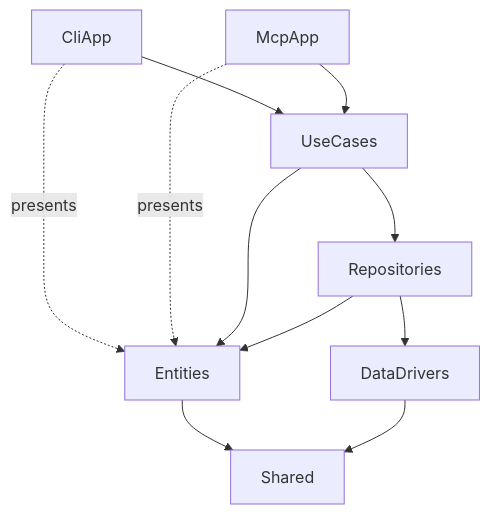
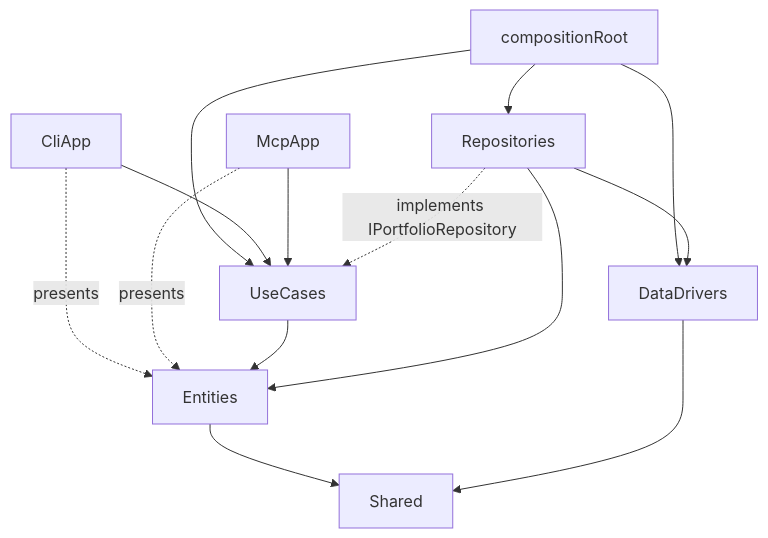
One commit to armaaar/stock-calc changed the second of 3 diagrams in docs/architecture/overview.md. Above: the diagram before and after it, drawn with Mermaid. The commit also changed other lines of this file and 73 other files, not shown here.

Commit message:
refactor: inject dependencies through a composition root

````diff
--- a/docs/architecture/overview.md
+++ b/docs/architecture/overview.md
@@ -44,13 +45,16 @@
 ```mermaid
 flowchart TD
+  Root[compositionRoot] --> Repositories
+  Root --> DataDrivers
+  Root --> UseCases
   CliApp --> UseCases
   McpApp --> UseCases
   CliApp -.presents.-> Entities
   McpApp -.presents.-> Entities
-  UseCases --> Repositories
   UseCases --> Entities
+  Repositories -.implements IPortfolioRepository.-> UseCases
   Repositories --> DataDrivers
   Repositories --> Entities
   Entities --> Shared
   DataDrivers --> Shared
 ```
````
